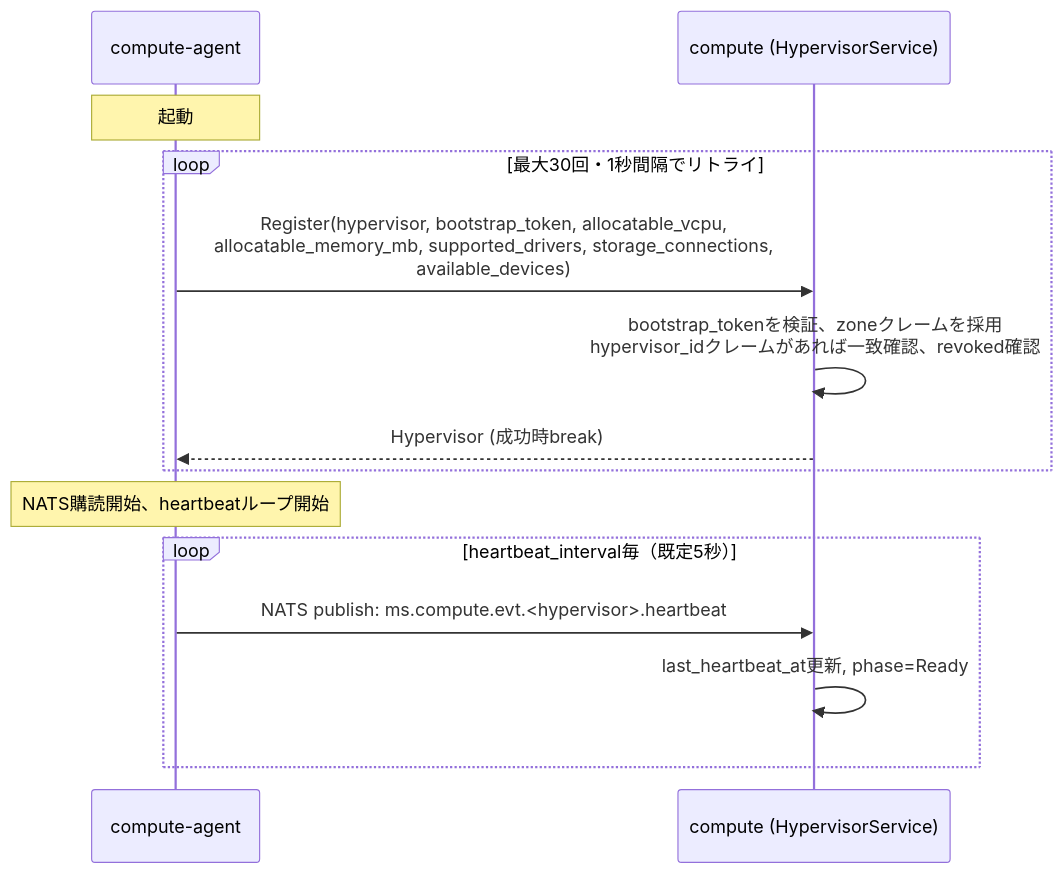
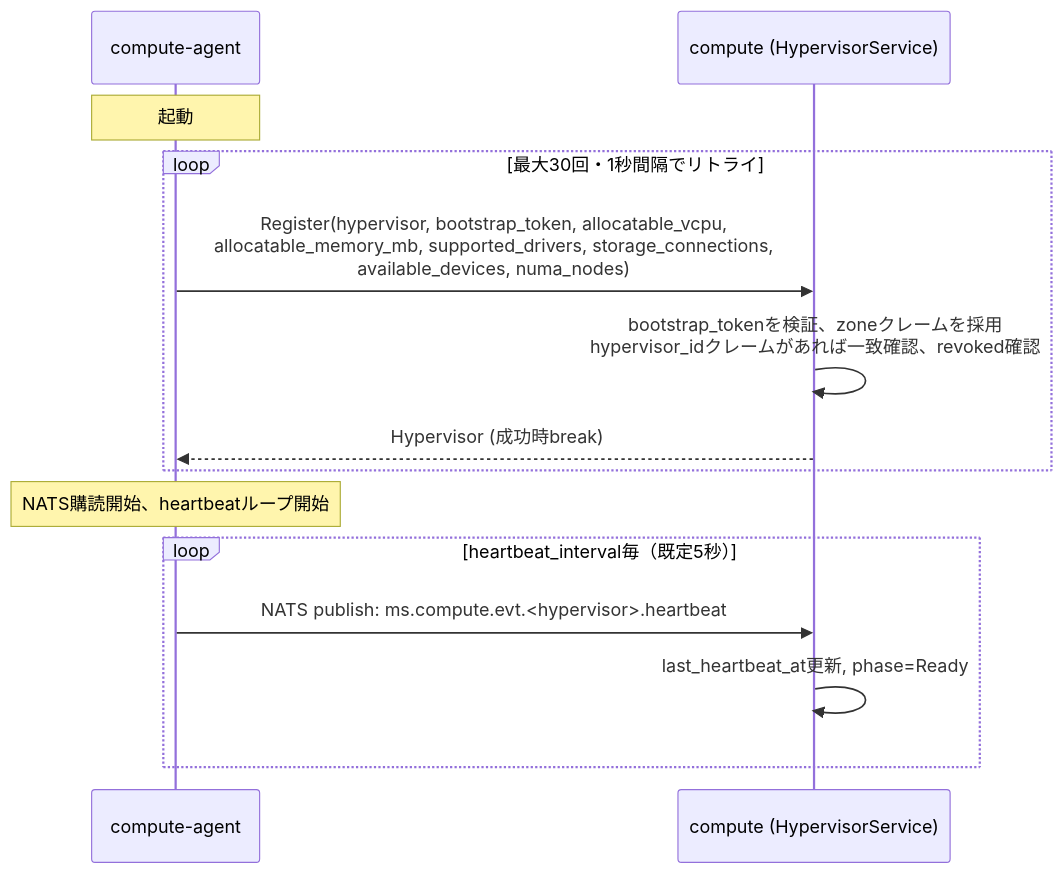
Before and after one commit to kiyuta1230/kyuusha: the first of 2 diagrams in docs/specs/hypervisor-bootstrap.md, drawn with Mermaid. The commit also changed other lines of this file and 34 other files, not shown here.

````diff
--- a/docs/specs/hypervisor-bootstrap.md
+++ b/docs/specs/hypervisor-bootstrap.md
@@ -29,17 +30,17 @@
 ```mermaid
 sequenceDiagram
     participant A as compute-agent
     participant C as compute (HypervisorService)
 
     Note over A: 起動
     loop 最大30回・1秒間隔でリトライ
-        A->>C: Register(hypervisor, bootstrap_token, allocatable_vcpu,<br/>allocatable_memory_mb, supported_drivers, storage_connections,<br/>available_devices)
+        A->>C: Register(hypervisor, bootstrap_token, allocatable_vcpu,<br/>allocatable_memory_mb, supported_drivers, storage_connections,<br/>available_devices, numa_nodes)
         C->>C: bootstrap_tokenを検証、zoneクレームを採用<br/>hypervisor_idクレームがあれば一致確認、revoked確認
         C-->>A: Hypervisor (成功時break)
     end
     Note over A: NATS購読開始、heartbeatループ開始
     loop heartbeat_interval毎（既定5秒）
         A->>C: NATS publish: ms.compute.evt.<hypervisor>.heartbeat
         C->>C: last_heartbeat_at更新, phase=Ready
     end
 ```
````
